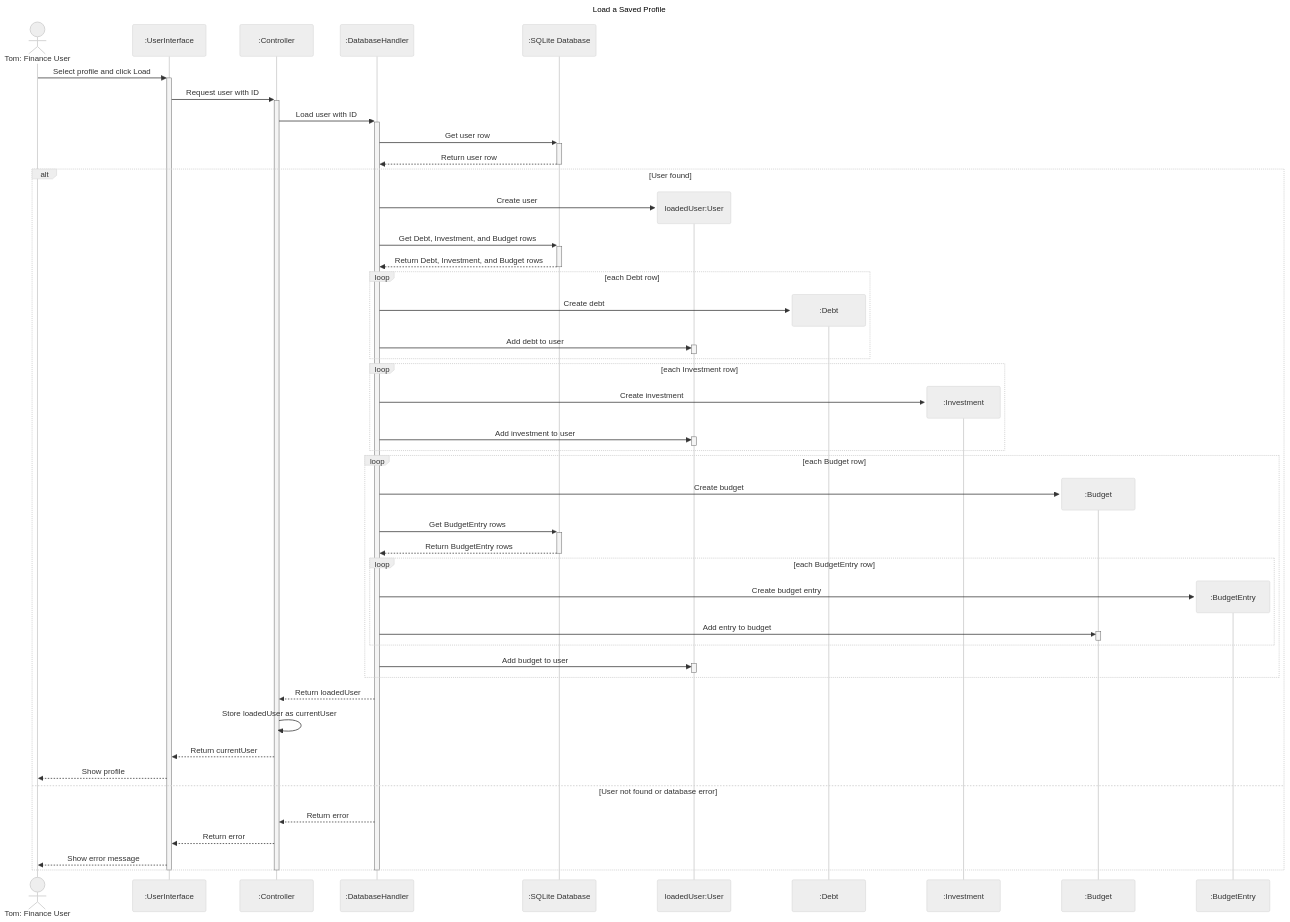
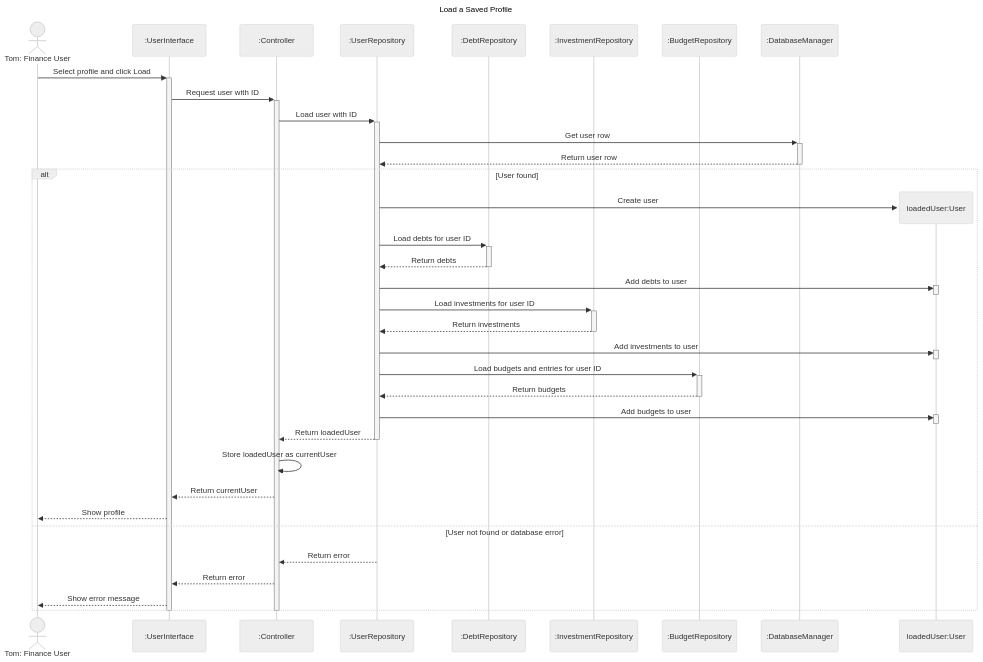
Before and after one commit to yattayattamatata/Trajectory: the diagram in docs/architecture/current/sequenceDiagrams/4LoadSavedProfile.mmd, drawn with Mermaid (neutral theme). The commit also changed 16 other files, not shown here.

First line of the commit message:
Create class diagrams specific to each item from IEEE Design

```diff
--- a/docs/architecture/current/sequenceDiagrams/4LoadSavedProfile.mmd
+++ b/docs/architecture/current/sequenceDiagrams/4LoadSavedProfile.mmd
@@ -1,63 +1,49 @@
 ---
 title: Load a Saved Profile
 ---
 sequenceDiagram
     actor FU as Tom: Finance User
     participant UI as :UserInterface
     participant C as :Controller
-    participant DBH as :DatabaseHandler
-    participant DB as :SQLite Database
+    participant UR as :UserRepository
+    participant DR as :DebtRepository
+    participant IR as :InvestmentRepository
+    participant BR as :BudgetRepository
+    participant DB as :DatabaseManager
 
     FU ->>+ UI: Select profile and click Load
     UI ->>+ C: Request user with ID
-    C ->>+ DBH: Load user with ID
-    DBH ->>+ DB: Get user row
-    DB -->>- DBH: Return user row
+    C ->>+ UR: Load user with ID
+    UR ->>+ DB: Get user row
+    DB -->>- UR: Return user row
 
     alt User found
         create participant LU as loadedUser:User
-        DBH ->> LU: Create user
-        DBH ->>+ DB: Get Debt, Investment, and Budget rows
-        DB -->>- DBH: Return Debt, Investment, and Budget rows
+        UR ->> LU: Create user
 
-        loop each Debt row
-            create participant DE as :Debt
-            DBH ->> DE: Create debt
-            DBH ->>+ LU: Add debt to user
-            deactivate LU
-        end
+        UR ->>+ DR: Load debts for user ID
+        DR -->>- UR: Return debts
+        UR ->>+ LU: Add debts to user
+        deactivate LU
 
-        loop each Investment row
-            create participant IN as :Investment
-            DBH ->> IN: Create investment
-            DBH ->>+ LU: Add investment to user
-            deactivate LU
-        end
+        UR ->>+ IR: Load investments for user ID
+        IR -->>- UR: Return investments
+        UR ->>+ LU: Add investments to user
+        deactivate LU
 
-        loop each Budget row
-            create participant BU as :Budget
-            DBH ->> BU: Create budget
-            DBH ->>+ DB: Get BudgetEntry rows
-            DB -->>- DBH: Return BudgetEntry rows
-            loop each BudgetEntry row
-                create participant BE as :BudgetEntry
-                DBH ->> BE: Create budget entry
-                DBH ->>+ BU: Add entry to budget
-                deactivate BU
-            end
-            DBH ->>+ LU: Add budget to user
-            deactivate LU
-        end
+        UR ->>+ BR: Load budgets and entries for user ID
+        BR -->>- UR: Return budgets
+        UR ->>+ LU: Add budgets to user
+        deactivate LU
 
-        DBH -->> C: Return loadedUser
+        UR -->>- C: Return loadedUser
         C ->> C: Store loadedUser as currentUser
         C -->> UI: Return currentUser
         UI -->> FU: Show profile
     else User not found or database error
-        DBH -->> C: Return error
+        UR -->> C: Return error
         C -->> UI: Return error
         UI -->> FU: Show error message
     end
-    deactivate DBH
     deactivate C
     deactivate UI
```
